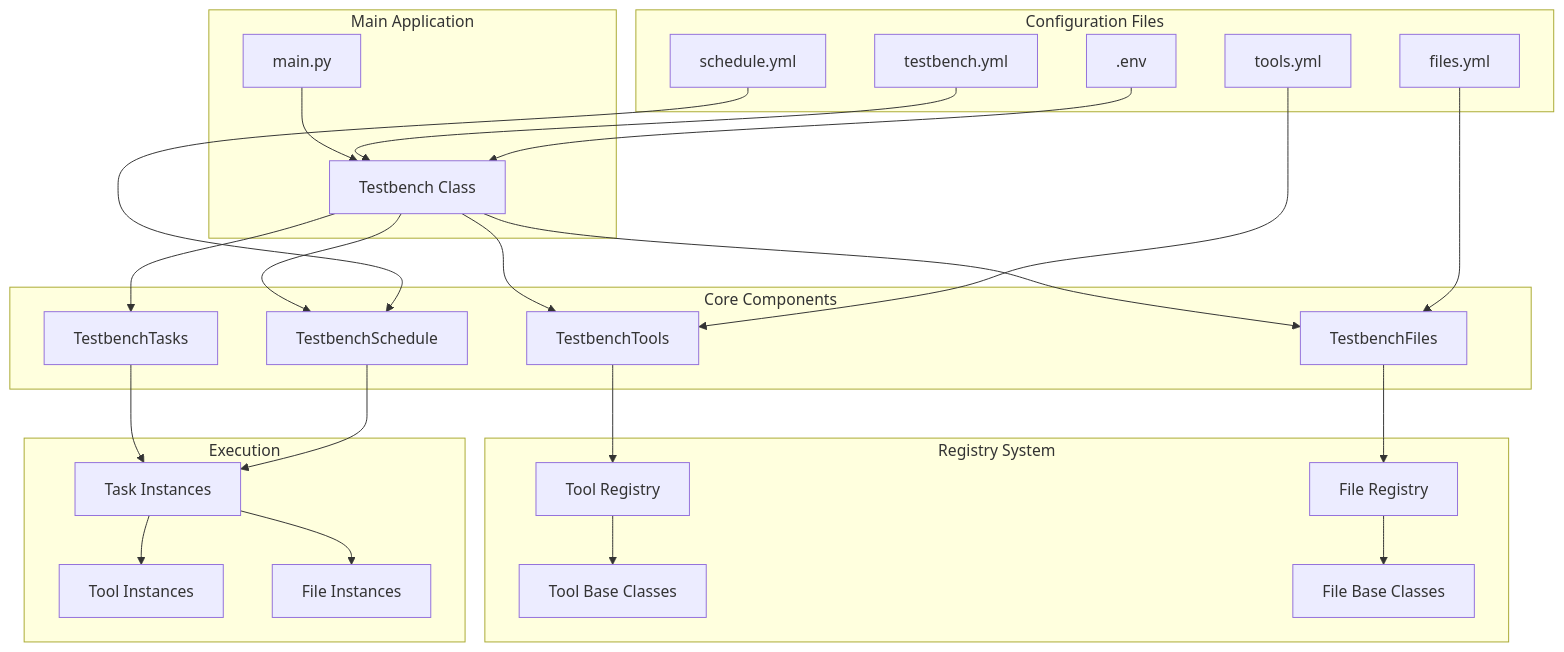
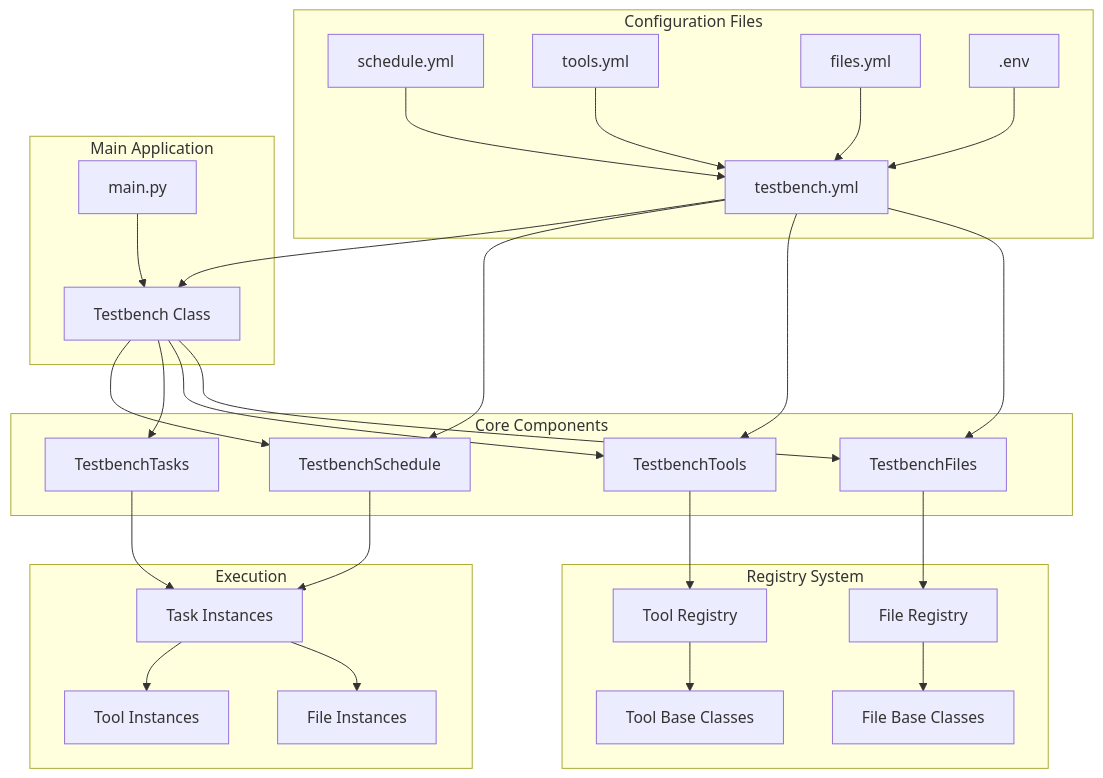
One commit to WULPUS/python_testbench changed the first of 4 diagrams in README.md. Above: the diagram before and after it, drawn with Mermaid. The commit also changed other lines of this file and 1 other file, not shown here.

````diff
--- a/README.md
+++ b/README.md
@@ -31,60 +468,59 @@
 ```mermaid
 graph TB
     subgraph "Configuration Files"
         TB_CONFIG[testbench.yml]
-        SCHEDULE_CONFIG[schedule.yml]
-        TOOLS_CONFIG[tools.yml]
-        FILES_CONFIG[files.yml]
-        ENV_FILE[.env]
+        SCHEDULE_CONFIG[schedule.yml] --> TB_CONFIG
+        TOOLS_CONFIG[tools.yml] --> TB_CONFIG
+        FILES_CONFIG[files.yml] --> TB_CONFIG
+        ENV_FILE[.env] --> TB_CONFIG
     end
     
     subgraph "Main Application"
         MAIN[main.py]
         TESTBENCH[Testbench Class]
     end
     
     subgraph "Core Components"
         SCHEDULE[TestbenchSchedule]
         TASKS[TestbenchTasks]
         TOOLS[TestbenchTools]
         FILES[TestbenchFiles]
     end
     
     subgraph "Registry System"
         TOOL_REGISTRY[Tool Registry]
         FILE_REGISTRY[File Registry]
         TOOL_BASE[Tool Base Classes]
         FILE_BASE[File Base Classes]
     end
     
     subgraph "Execution"
         TASK_INSTANCES[Task Instances]
         TOOL_INSTANCES[Tool Instances]
         FILE_INSTANCES[File Instances]
     end
     
     MAIN --> TESTBENCH
     TB_CONFIG --> TESTBENCH
-    ENV_FILE --> TESTBENCH
     
     TESTBENCH --> SCHEDULE
     TESTBENCH --> TASKS
     TESTBENCH --> TOOLS
     TESTBENCH --> FILES
     
-    SCHEDULE_CONFIG --> SCHEDULE
-    TOOLS_CONFIG --> TOOLS
-    FILES_CONFIG --> FILES
+    TB_CONFIG --> SCHEDULE
+    TB_CONFIG --> TOOLS
+    TB_CONFIG --> FILES
     
     TOOLS --> TOOL_REGISTRY
     FILES --> FILE_REGISTRY
     
     TOOL_REGISTRY --> TOOL_BASE
     FILE_REGISTRY --> FILE_BASE
     
     TASKS --> TASK_INSTANCES
     TASK_INSTANCES --> TOOL_INSTANCES
     TASK_INSTANCES --> FILE_INSTANCES
     
     SCHEDULE --> TASK_INSTANCES
 ```
````
